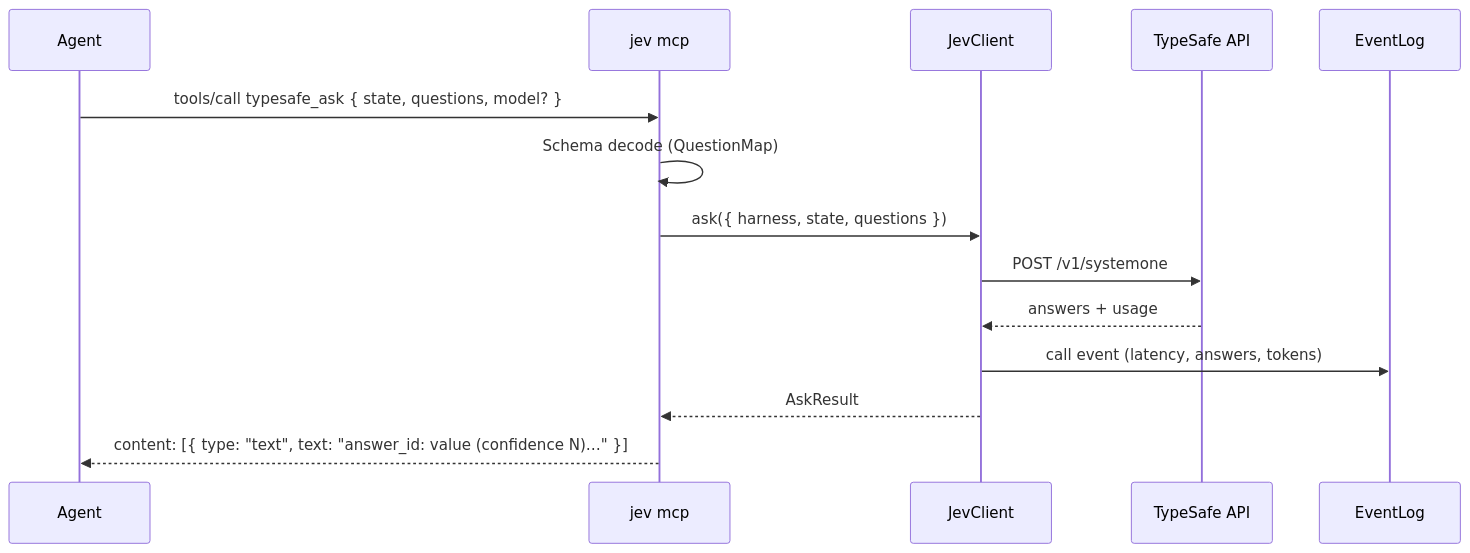
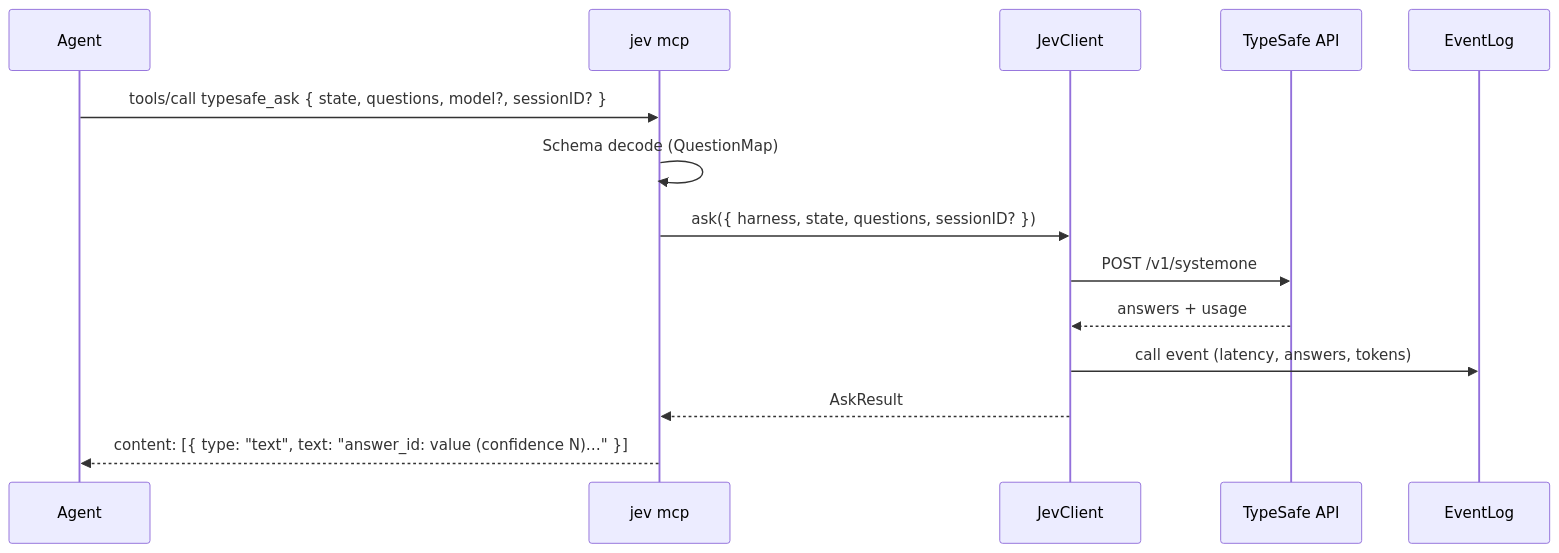
The diagram in docs/mcp.md (jbt95/jev-toolkit), drawn with Mermaid before and after one commit. The commit also changed other lines of this file and 9 other files, not shown here.

````diff
--- a/docs/mcp.md
+++ b/docs/mcp.md
@@ -48,17 +48,17 @@
 ```mermaid
 sequenceDiagram
   participant A as Agent
   participant S as jev mcp
   participant C as JevClient
   participant T as TypeSafe API
   participant L as EventLog
 
-  A->>S: tools/call typesafe_ask { state, questions, model? }
+  A->>S: tools/call typesafe_ask { state, questions, model?, sessionID? }
   S->>S: Schema decode (QuestionMap)
-  S->>C: ask({ harness, state, questions })
+  S->>C: ask({ harness, state, questions, sessionID? })
   C->>T: POST /v1/systemone
   T-->>C: answers + usage
   C->>L: call event (latency, answers, tokens)
   C-->>S: AskResult
   S-->>A: content: [{ type: "text", text: "answer_id: value (confidence N)…" }]
 ```
````
